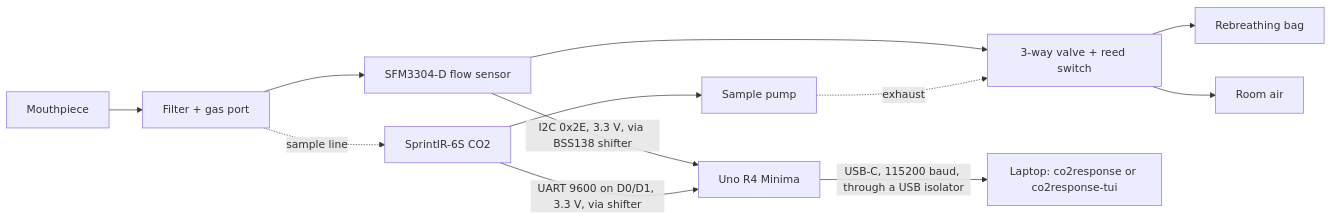
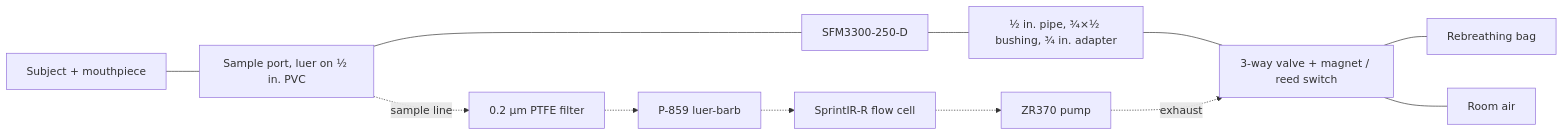
One commit to shrlak/CO2-Response changed the diagram in docs/wiring.md. Above: the diagram before and after it, drawn with Mermaid. The commit also changed other lines of this file and 37 other files, not shown here.

````diff
--- a/docs/wiring.md
+++ b/docs/wiring.md
@@ -12,10 +54,7 @@
 ```mermaid
 flowchart LR
-    MP[Mouthpiece] --> F[Filter + gas port] --> SFM[SFM3304-D flow sensor] --> V[3-way valve + reed switch]
-    V --> BAG[Rebreathing bag]
-    V --> AIR[Room air]
-    F -. sample line .-> CO2[SprintIR-6S CO2] --> P[Sample pump] -. exhaust .-> V
-    SFM -- "I2C 0x2E, 3.3 V, via BSS138 shifter" --> R4[Uno R4 Minima]
-    CO2 -- "UART 9600 on D0/D1, 3.3 V, via shifter" --> R4
-    R4 -- "USB-C, 115200 baud, through a USB isolator" --> PC[Laptop: co2response or co2response-tui]
+    S[Subject + mouthpiece] --- P[Sample port, luer on ½ in. PVC] --- SFM[SFM3300-250-D] --- PIPE[½ in. pipe, ¾×½ bushing, ¾ in. adapter] --- V[3-way valve + magnet / reed switch]
+    V --- BAG[Rebreathing bag]
+    V --- AIR[Room air]
+    P -. sample line .-> FIL[0.2 µm PTFE filter] -.-> AD[P-859 luer-barb] -.-> CO2[SprintIR-R flow cell] -.-> PUMP[ZR370 pump] -. exhaust .-> V
 ```
````
